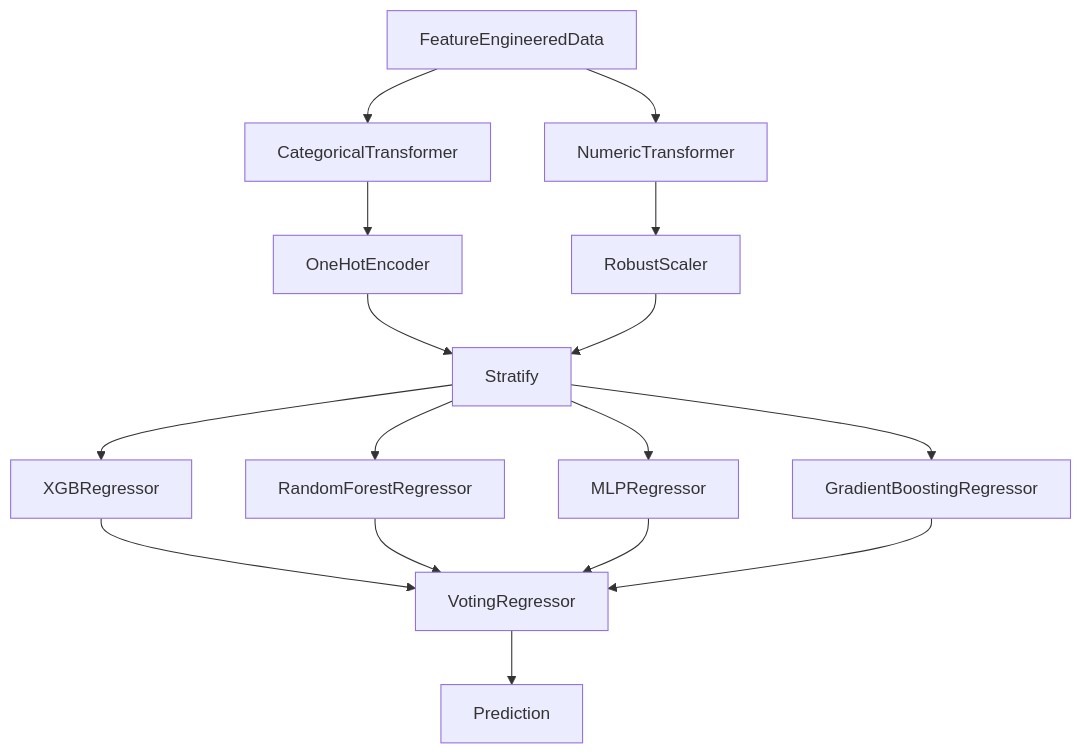
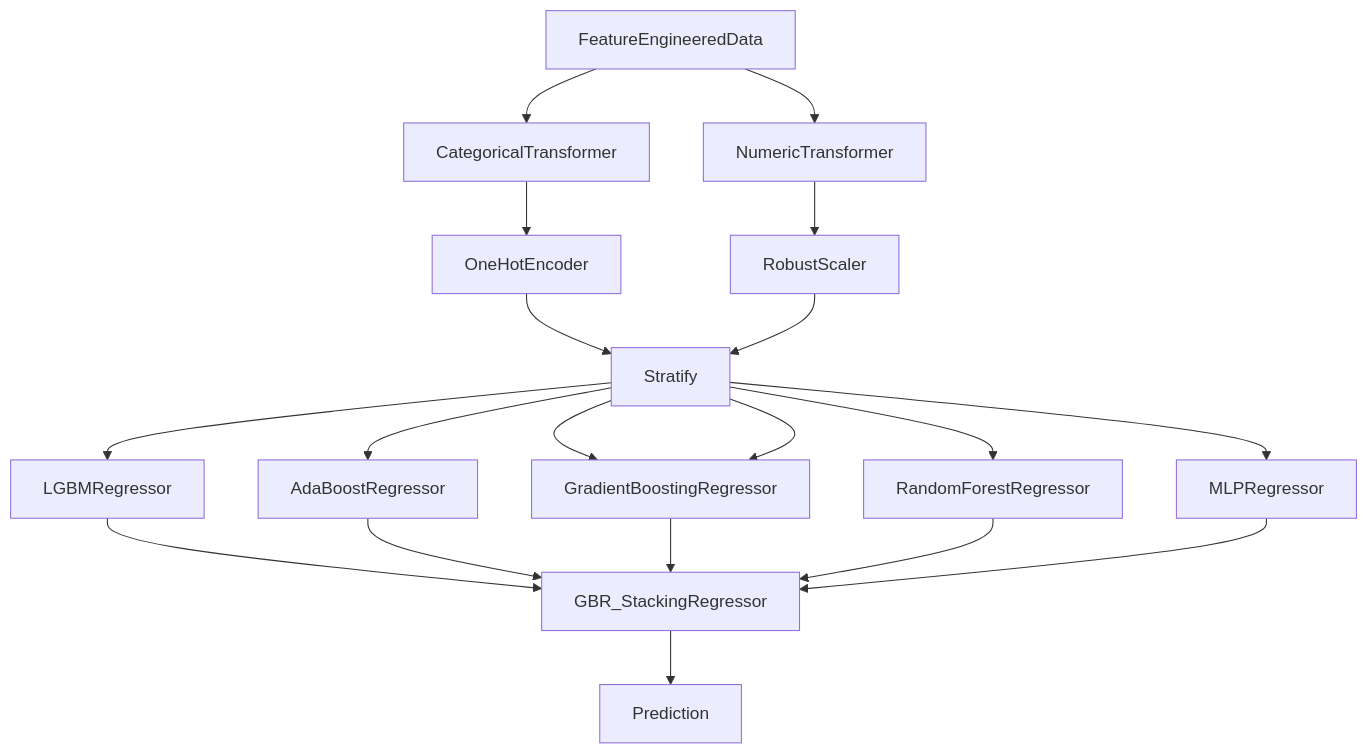
The diagram in TOUR_Championship_2011/README.md (dec1costello/Golf), drawn with Mermaid before and after one commit. The commit also changed other lines of this file, not shown here.

````diff
--- a/TOUR_Championship_2011/README.md
+++ b/TOUR_Championship_2011/README.md
@@ -94,20 +94,24 @@
 ```mermaid
 graph TB
       FeatureEngineeredData --> CategoricalTransformer;
       FeatureEngineeredData --> NumericTransformer;
       CategoricalTransformer --> OneHotEncoder;
       OneHotEncoder --> Stratify;
       NumericTransformer --> RobustScaler;
       RobustScaler --> Stratify;
 
-      Stratify-->XGBRegressor;
+      Stratify--> GradientBoostingRegressor;
       Stratify-->RandomForestRegressor;
       Stratify-->MLPRegressor;
       Stratify-->GradientBoostingRegressor;
-      XGBRegressor-->VotingRegressor;
-      RandomForestRegressor-->VotingRegressor;
-      MLPRegressor-->VotingRegressor;
-      GradientBoostingRegressor-->VotingRegressor;
+      Stratify--> AdaBoostRegressor;
+      Stratify--> LGBMRegressor;
 
-      VotingRegressor --> Prediction;
+      LGBMRegressor-->GBR_StackingRegressor;
+      AdaBoostRegressor-->GBR_StackingRegressor;
+      GradientBoostingRegressor-->GBR_StackingRegressor;
+      RandomForestRegressor-->GBR_StackingRegressor;
+      MLPRegressor-->GBR_StackingRegressor;
+
+      GBR_StackingRegressor --> Prediction;
 ```
````
